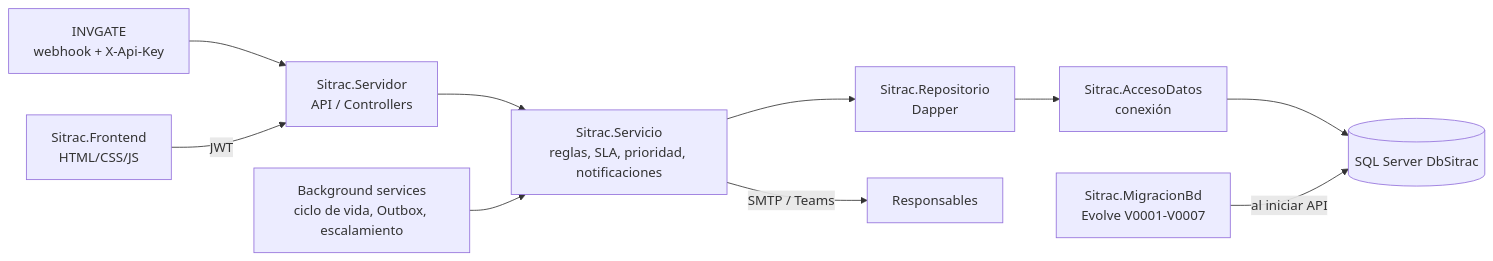
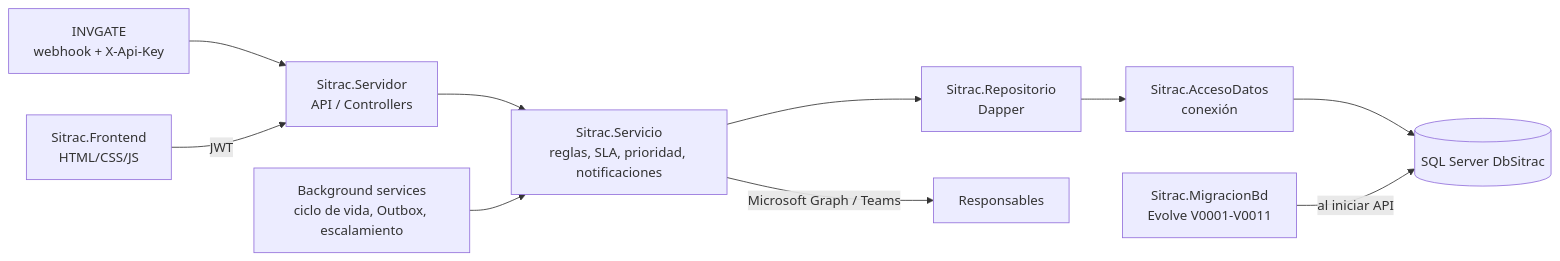
One commit to gasparin2702/Capstone-Soto-Ayala changed the diagram in Fase 2/Evidencias Proyecto/Evidencias de sistema/README.md. Above: the diagram before and after it, drawn with Mermaid. The commit also changed other lines of this file and 38 other files, not shown here.

````diff
--- a/Fase 2/Evidencias Proyecto/Evidencias de sistema/README.md
+++ b/Fase 2/Evidencias Proyecto/Evidencias de sistema/README.md
@@ -132,12 +140,12 @@
 ```mermaid
 flowchart LR
     A[INVGATE<br/>webhook + X-Api-Key] --> B[Sitrac.Servidor<br/>API / Controllers]
     H[Sitrac.Frontend<br/>HTML/CSS/JS] -->|JWT| B
     B --> C[Sitrac.Servicio<br/>reglas, SLA, prioridad, notificaciones]
     BG[Background services<br/>ciclo de vida, Outbox, escalamiento] --> C
     C --> D[Sitrac.Repositorio<br/>Dapper]
     D --> E[Sitrac.AccesoDatos<br/>conexión]
     E --> F[(SQL Server DbSitrac)]
-    G[Sitrac.MigracionBd<br/>Evolve V0001-V0007] -->|al iniciar API| F
-    C -->|SMTP / Teams| I[Responsables]
+    G[Sitrac.MigracionBd<br/>Evolve V0001-V0011] -->|al iniciar API| F
+    C -->|Microsoft Graph / Teams| I[Responsables]
 ```
````
